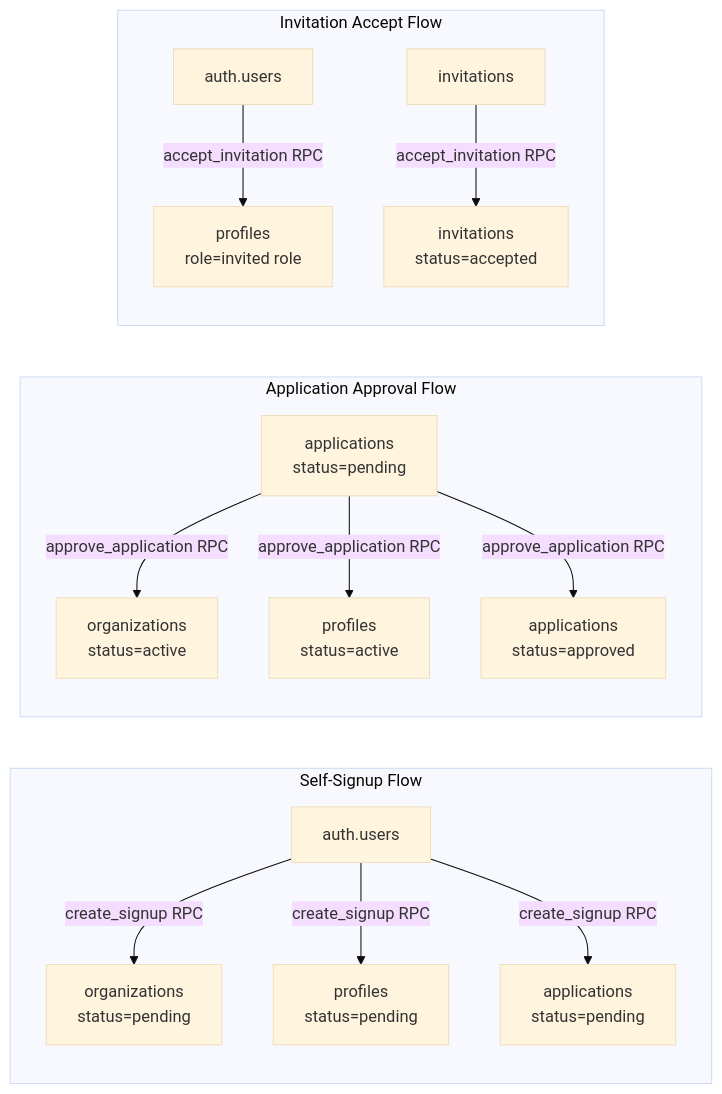
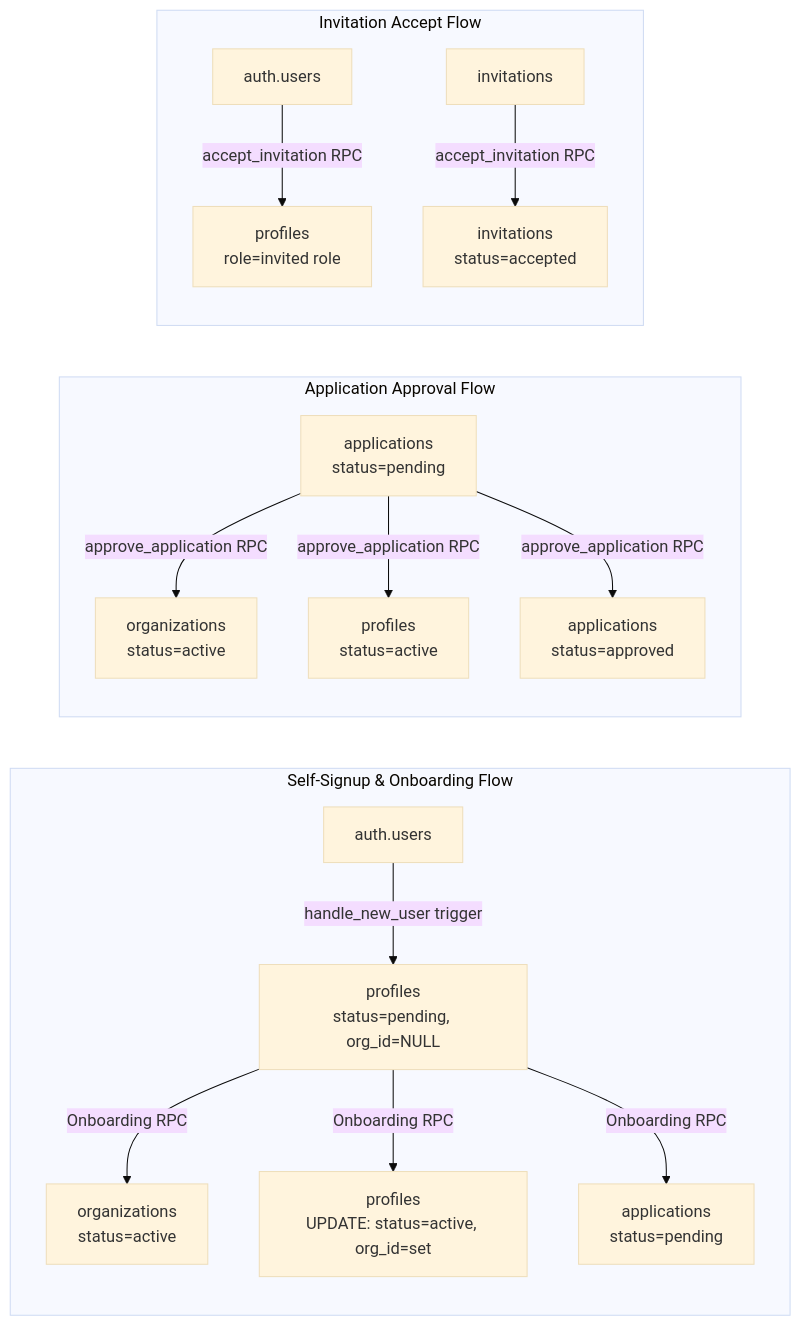
Before and after one commit to PhamDuBin/pep: the first of 18 diagrams in docs/workflows/account.md, drawn with Mermaid (base theme). The commit also changed other lines of this file and 22 other files, not shown here.

````diff
--- a/docs/workflows/account.md
+++ b/docs/workflows/account.md
@@ -21,19 +21,20 @@
 ```mermaid
 flowchart LR
-    subgraph "Self-Signup Flow"
-        SS1[auth.users] -->|create_signup RPC| SS2[organizations<br/>status=pending]
-        SS1 -->|create_signup RPC| SS3[profiles<br/>status=pending]
-        SS1 -->|create_signup RPC| SS4[applications<br/>status=pending]
+    subgraph "Self-Signup & Onboarding Flow"
+        SS1[auth.users] -->|handle_new_user trigger| SS2[profiles<br/>status=pending, org_id=NULL]
+        SS2 -->|Onboarding RPC| SS3[organizations<br/>status=active]
+        SS2 -->|Onboarding RPC| SS4[profiles<br/>UPDATE: status=active, org_id=set]
+        SS2 -->|Onboarding RPC| SS5[applications<br/>status=pending]
     end
 
     subgraph "Application Approval Flow"
         AA1[applications<br/>status=pending] -->|approve_application RPC| AA2[organizations<br/>status=active]
         AA1 -->|approve_application RPC| AA3[profiles<br/>status=active]
         AA1 -->|approve_application RPC| AA4[applications<br/>status=approved]
     end
 
     subgraph "Invitation Accept Flow"
         IA1[auth.users] -->|accept_invitation RPC| IA2[profiles<br/>role=invited role]
         IA3[invitations] -->|accept_invitation RPC| IA4[invitations<br/>status=accepted]
     end
 ```
````
